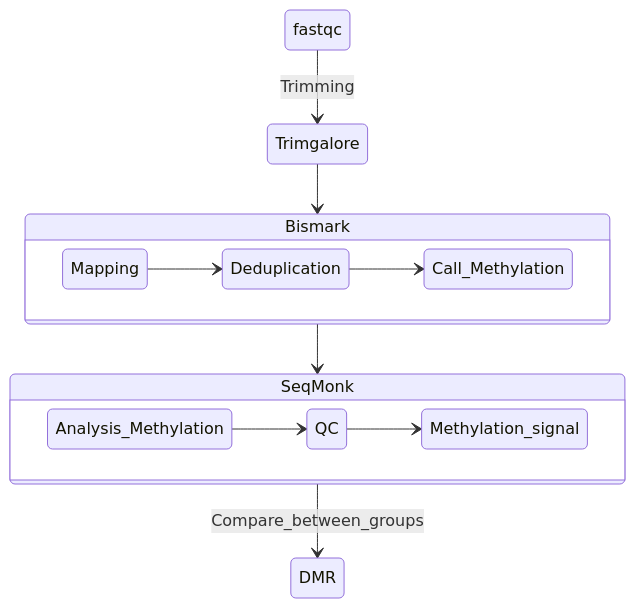
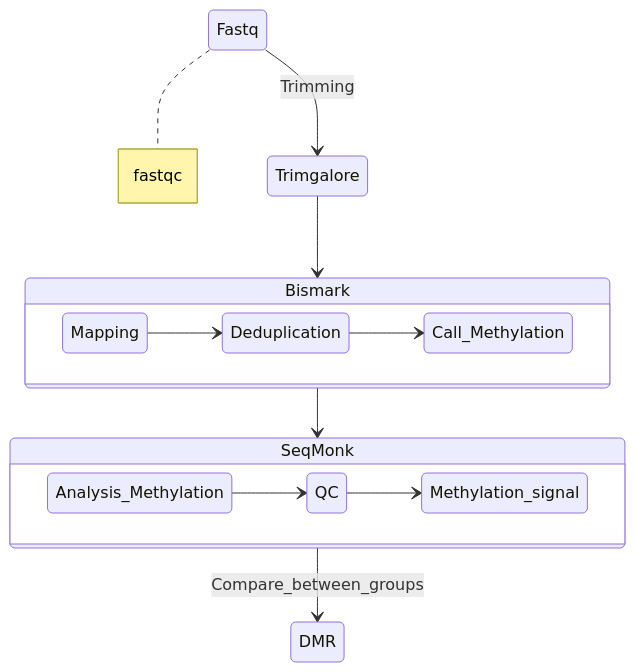
The diagram in README.md (wzuhou/WCS_BSseq_codes), drawn with Mermaid before and after one commit.

````diff
--- a/README.md
+++ b/README.md
@@ -10,18 +10,19 @@
 ```mermaid
 %%{init: {'theme':'default'}}%%
 stateDiagram-v2
-    fastqc --> Trimgalore : Trimming
+    Fastq --> Trimgalore : Trimming
+    	note right of Fastq: fastqc
     Trimgalore --> Bismark
     state Bismark{
      direction LR
     Mapping --> Deduplication
     Deduplication --> Call_Methylation
     }
     Bismark --> SeqMonk
     state SeqMonk {
      direction LR
     Analysis_Methylation --> QC
     QC --> Methylation_signal
     }
     SeqMonk --> DMR :Compare_between_groups
 ```
````
